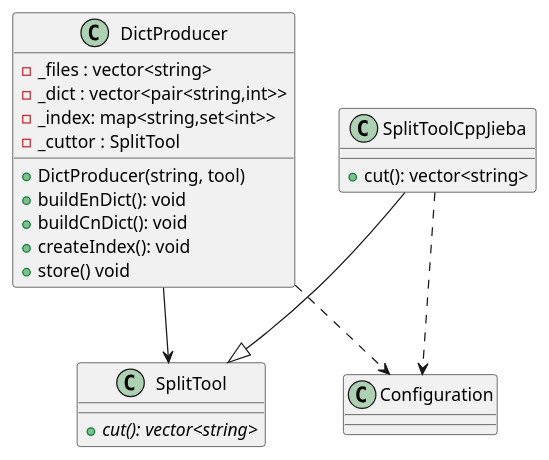
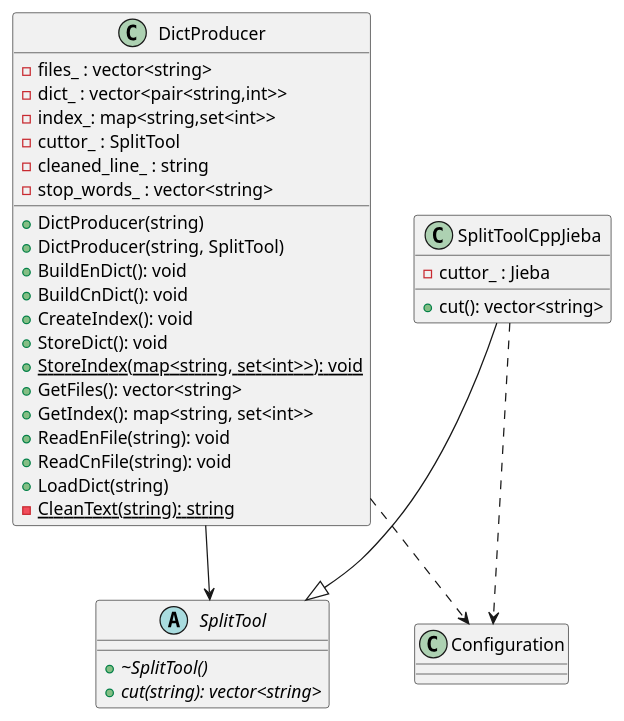
The diagram in doc/dictory.pu (Cwlrin/search-engine), drawn with PlantUML before and after one commit. The commit also changed 3 other files, not shown here.

Commit message:
docs(dictionary): 更新 dictionary 类图

```diff
--- a/doc/dictory.pu
+++ b/doc/dictory.pu
@@ -1,28 +1,40 @@
 @startuml dictionary
 class DictProducer  {
-	- _files : vector<string>
-	- _dict : vector<pair<string,int>>
-	- _index: map<string,set<int>>
-	- _cuttor : SplitTool
-	+ DictProducer(string, tool)
-	+ buildEnDict(): void
-	+ buildCnDict(): void
-	+ createIndex(): void
-	+ store() void
+	- files_ : vector<string>
+	- dict_ : vector<pair<string,int>>
+	- index_: map<string,set<int>>
+	- cuttor_ : SplitTool
+	- cleaned_line_ : string
+	- stop_words_ : vector<string>
+	+ DictProducer(string)
+	+ DictProducer(string, SplitTool)
+	+ BuildEnDict(): void
+	+ BuildCnDict(): void
+	+ CreateIndex(): void
+	+ StoreDict(): void
+	+ {static}StoreIndex(map<string, set<int>>): void
+	+ GetFiles(): vector<string>
+	+ GetIndex(): map<string, set<int>>
+	+ ReadEnFile(string): void
+	+ ReadCnFile(string): void
+	+ LoadDict(string)
+	- {static}CleanText(string): string
 }
 
-class SplitTool {
-	+ {abstract}cut(): vector<string>
+abstract class SplitTool {
+	+ {abstract}~SplitTool()
+	+ {abstract}cut(string): vector<string>
 }
 
 class SplitToolCppJieba {
+	- cuttor_ : Jieba
 	+ cut(): vector<string>
 }
 
 class Configuration {}
 
 DictProducer --> SplitTool
 DictProducer ..> Configuration 
 SplitToolCppJieba --|> SplitTool
 SplitToolCppJieba ..> Configuration
 @enduml
```
